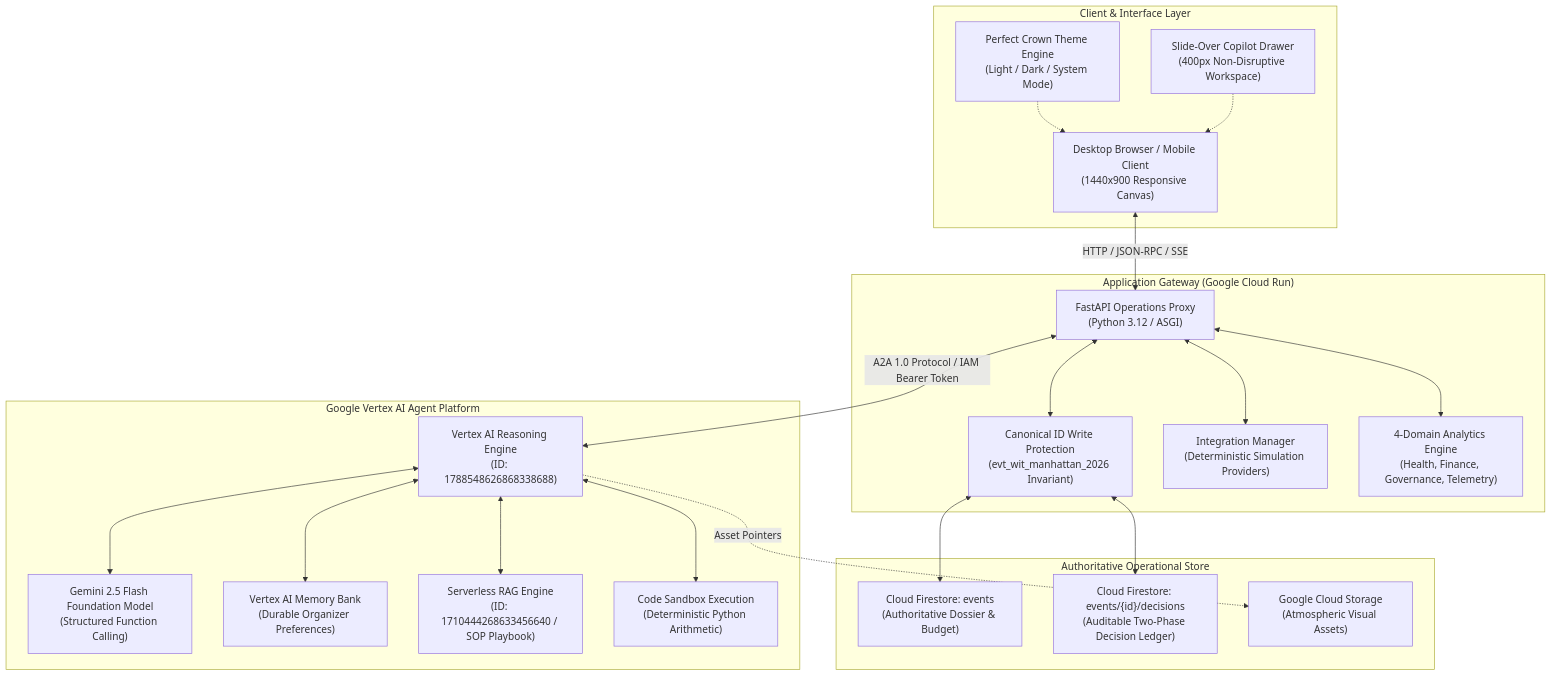
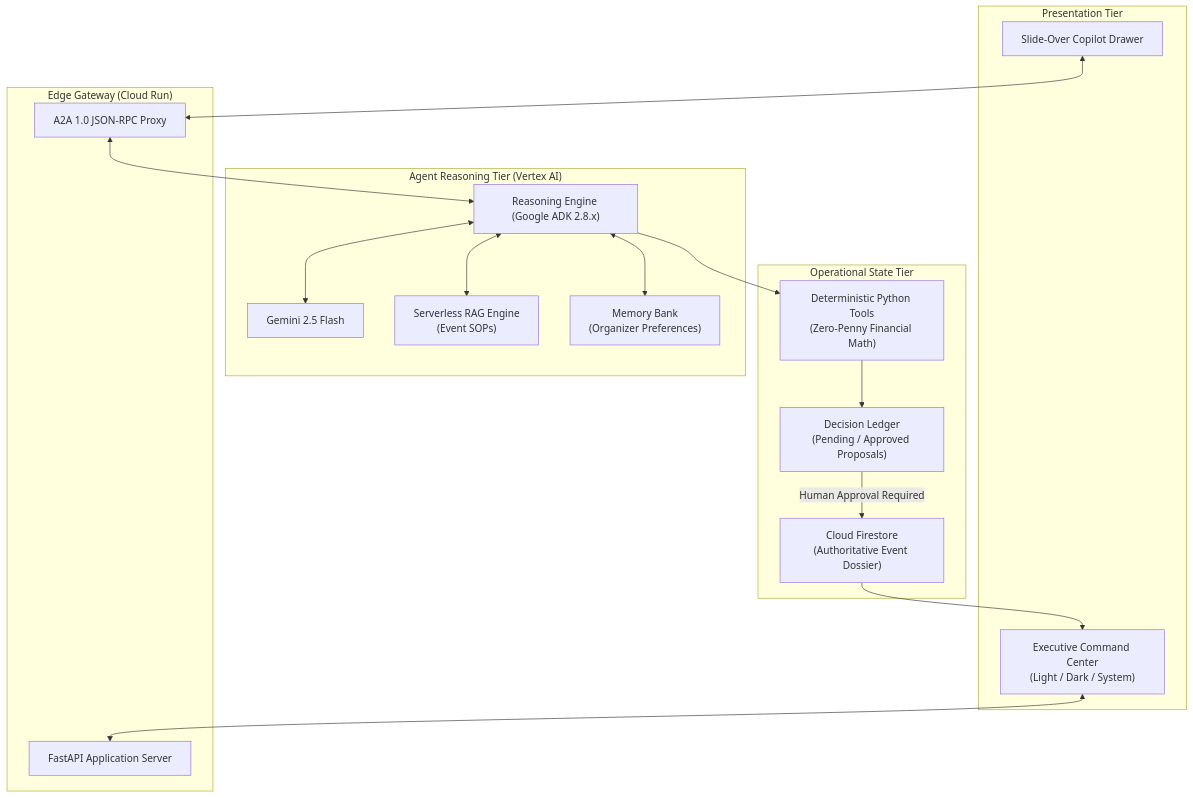
The diagram in README.md (fzinnah17/buildwithgemini-eventops-ai), drawn with Mermaid before and after one commit. The commit also changed other lines of this file, not shown here.

Commit message:
docs: rewrite README as a human project story

````diff
--- a/README.md
+++ b/README.md
@@ -107,46 +94,36 @@
 ```mermaid
 flowchart TD
-    subgraph ClientLayer ["Client & Interface Layer"]
-        Browser["Desktop Browser / Mobile Client\n(1440x900 Responsive Canvas)"]
-        ThemeEngine["Perfect Crown Theme Engine\n(Light / Dark / System Mode)"]
-        Drawer["Slide-Over Copilot Drawer\n(400px Non-Disruptive Workspace)"]
+    subgraph Client["Presentation Tier"]
+        UI["Executive Command Center<br/>(Light / Dark / System)"]
+        Drawer["Slide-Over Copilot Drawer"]
     end
 
-    subgraph GatewayLayer ["Application Gateway (Google Cloud Run)"]
-        FastAPI["FastAPI Operations Proxy\n(Python 3.12 / ASGI)"]
-        SecurityGate["Canonical ID Write Protection\n(evt_wit_manhattan_2026 Invariant)"]
-        IntegrationMgr["Integration Manager\n(Deterministic Simulation Providers)"]
-        AnalyticsEngine["4-Domain Analytics Engine\n(Health, Finance, Governance, Telemetry)"]
+    subgraph Gateway["Edge Gateway (Cloud Run)"]
+        FastAPI["FastAPI Application Server"]
+        Proxy["A2A 1.0 JSON-RPC Proxy"]
     end
 
-    subgraph AgentPlatform ["Google Vertex AI Agent Platform"]
-        ReasoningEngine["Vertex AI Reasoning Engine\n(ID: 1788548626868338688)"]
-        GeminiModel["Gemini 2.5 Flash Foundation Model\n(Structured Function Calling)"]
-        MemoryBank["Vertex AI Memory Bank\n(Durable Organizer Preferences)"]
-        RAGCorpus["Serverless RAG Engine\n(ID: 1710444268633456640 / SOP Playbook)"]
-        Sandbox["Code Sandbox Execution\n(Deterministic Python Arithmetic)"]
+    subgraph AgentPlatform["Agent Reasoning Tier (Vertex AI)"]
+        Engine["Reasoning Engine (Google ADK 2.8.x)"]
+        Model["Gemini 2.5 Flash"]
+        RAG["Serverless RAG Engine<br/>(Event SOPs)"]
+        Memory["Memory Bank<br/>(Organizer Preferences)"]
     end
 
-    subgraph OperationalStorage ["Authoritative Operational Store"]
-        FirestoreEvents["Cloud Firestore: events\n(Authoritative Dossier & Budget)"]
-        FirestoreDecisions["Cloud Firestore: events/{id}/decisions\n(Auditable Two-Phase Decision Ledger)"]
-        GCSMedia["Google Cloud Storage\n(Atmospheric Visual Assets)"]
+    subgraph Storage["Operational State Tier"]
+        Firestore["Cloud Firestore<br/>(Authoritative Event Dossier)"]
+        Ledger["Decision Ledger<br/>(Pending / Approved Proposals)"]
+        Math["Deterministic Python Tools<br/>(Zero-Penny Financial Math)"]
     end
 
-    Browser <--> |HTTP / JSON-RPC / SSE| FastAPI
-    ThemeEngine -.-> Browser
-    Drawer -.-> Browser
-
-    FastAPI <--> SecurityGate
-    SecurityGate <--> FirestoreEvents
-    SecurityGate <--> FirestoreDecisions
-    FastAPI <--> IntegrationMgr
-    FastAPI <--> AnalyticsEngine
-
-    FastAPI <--> |A2A 1.0 Protocol / IAM Bearer Token| ReasoningEngine
-    ReasoningEngine <--> GeminiModel
-    ReasoningEngine <--> MemoryBank
-    ReasoningEngine <--> RAGCorpus
-    ReasoningEngine <--> Sandbox
-    ReasoningEngine -.-> |Asset Pointers| GCSMedia
+    UI <--> FastAPI
+    Drawer <--> Proxy
+    Proxy <--> Engine
+    Engine <--> Model
+    Engine <--> RAG
+    Engine <--> Memory
+    Engine --> Math
+    Math --> Ledger
+    Ledger -- "Human Approval Required" --> Firestore
+    Firestore --> UI
 ```
````
